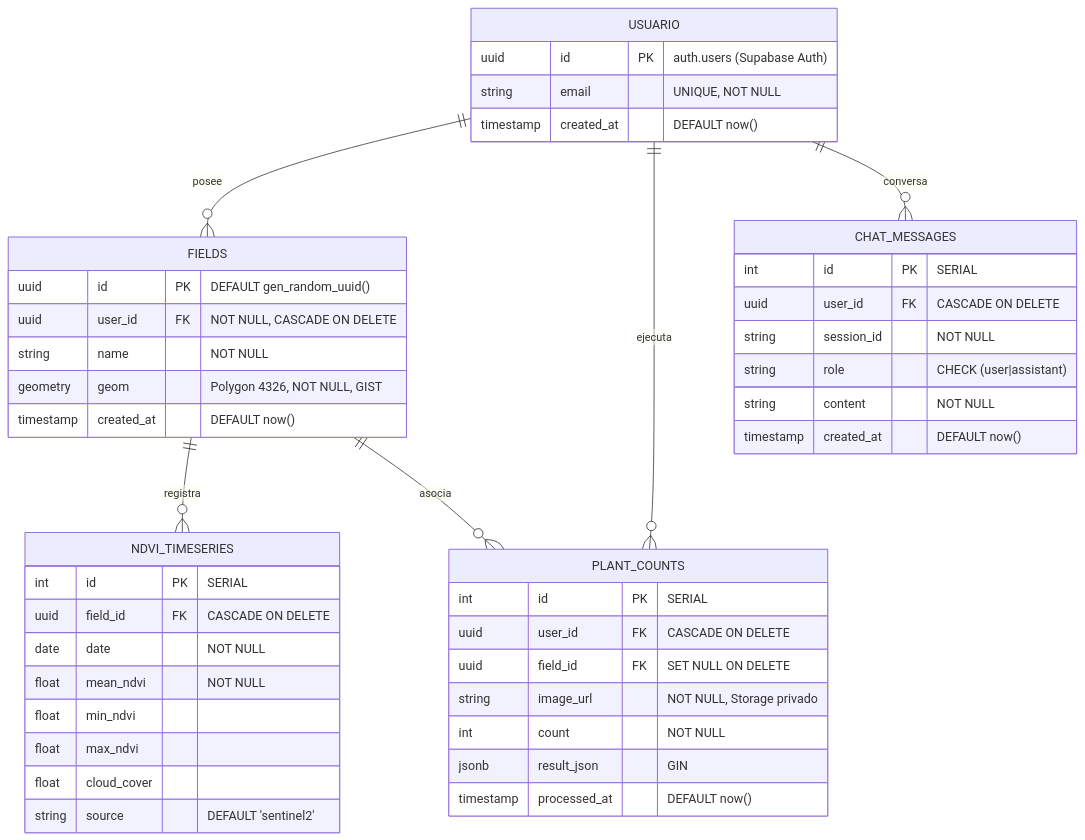
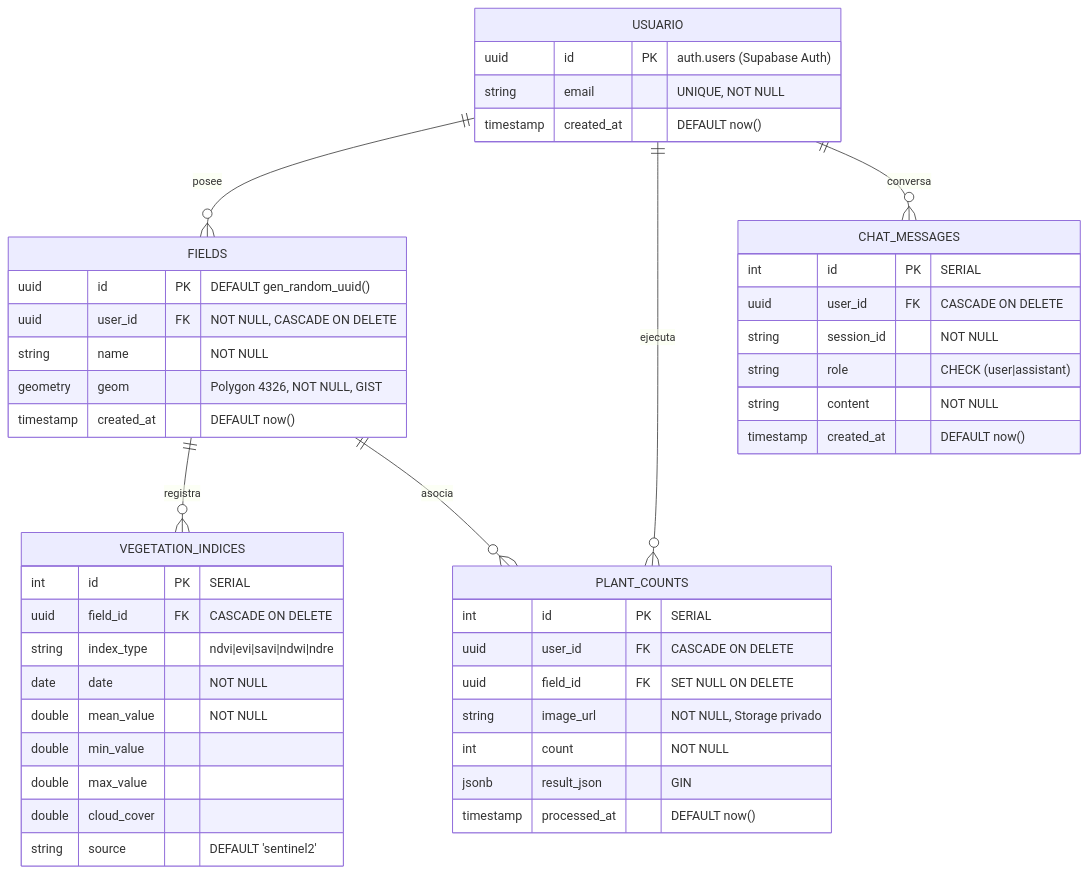
Before and after one commit to AlexPrietoRomani/AgroVision: the diagram in docs/db/diseno_db.md, drawn with Mermaid. The commit also changed other lines of this file and 2 other files, not shown here.

First line of the commit message:
docs(architecture): actualiza ER y tablas tras eliminar ndvi_timeseries

````diff
--- a/docs/db/diseno_db.md
+++ b/docs/db/diseno_db.md
@@ -30,52 +30,53 @@
 ```mermaid
 erDiagram
     USUARIO ||--o{ FIELDS : "posee"
     USUARIO ||--o{ PLANT_COUNTS : "ejecuta"
     USUARIO ||--o{ CHAT_MESSAGES : "conversa"
-    FIELDS ||--o{ NDVI_TIMESERIES : "registra"
+    FIELDS ||--o{ VEGETATION_INDICES : "registra"
     FIELDS ||--o{ PLANT_COUNTS : "asocia"
 
     USUARIO {
         uuid id PK "auth.users (Supabase Auth)"
         string email "UNIQUE, NOT NULL"
         timestamp created_at "DEFAULT now()"
     }
 
     FIELDS {
         uuid id PK "DEFAULT gen_random_uuid()"
         uuid user_id FK "NOT NULL, CASCADE ON DELETE"
         string name "NOT NULL"
         geometry geom "Polygon 4326, NOT NULL, GIST"
         timestamp created_at "DEFAULT now()"
     }
 
-    NDVI_TIMESERIES {
+    VEGETATION_INDICES {
         int id PK "SERIAL"
         uuid field_id FK "CASCADE ON DELETE"
+        string index_type "ndvi|evi|savi|ndwi|ndre"
         date date "NOT NULL"
-        float mean_ndvi "NOT NULL"
-        float min_ndvi
-        float max_ndvi
-        float cloud_cover
+        double mean_value "NOT NULL"
+        double min_value
+        double max_value
+        double cloud_cover
         string source "DEFAULT 'sentinel2'"
     }
 
     PLANT_COUNTS {
         int id PK "SERIAL"
         uuid user_id FK "CASCADE ON DELETE"
         uuid field_id FK "SET NULL ON DELETE"
         string image_url "NOT NULL, Storage privado"
         int count "NOT NULL"
         jsonb result_json "GIN"
         timestamp processed_at "DEFAULT now()"
     }
 
     CHAT_MESSAGES {
         int id PK "SERIAL"
         uuid user_id FK "CASCADE ON DELETE"
         string session_id "NOT NULL"
         string role "CHECK (user|assistant)"
         string content "NOT NULL"
         timestamp created_at "DEFAULT now()"
     }
 ```
````
